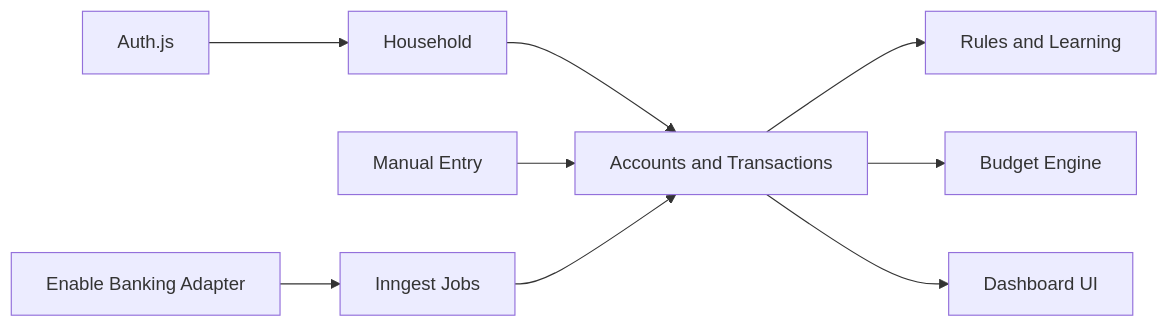
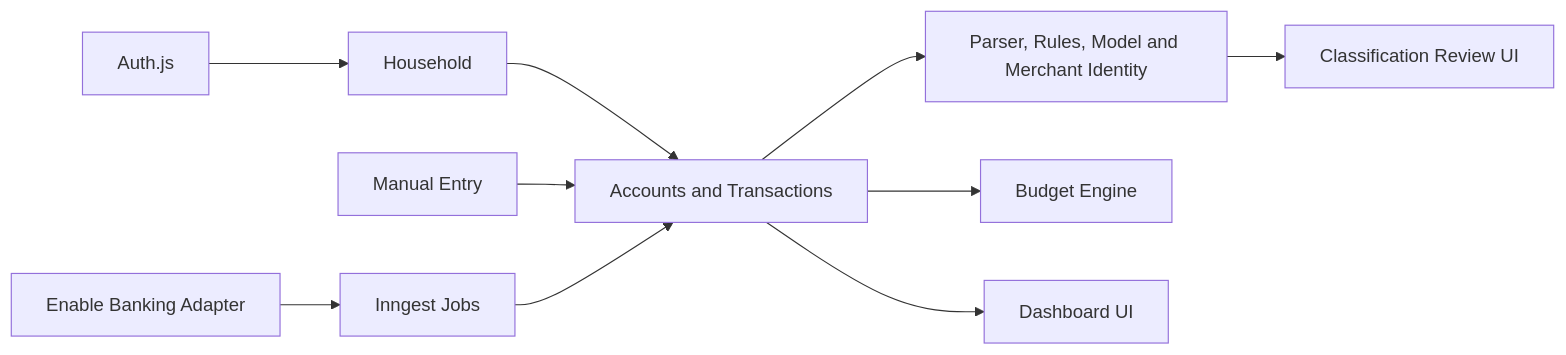
Before and after one commit to TheRedSock/get-a-bud: the first of 2 diagrams in docs/architecture.md, drawn with Mermaid. The commit also changed other lines of this file and 2 other files, not shown here.

Commit message:
Update classification architecture docs

````diff
--- a/docs/architecture.md
+++ b/docs/architecture.md
@@ -5,11 +5,12 @@
 ```mermaid
 flowchart LR
   Auth[Auth.js] --> Household[Household]
   Household --> Ledger[Accounts and Transactions]
   Manual[Manual Entry] --> Ledger
   EnableBanking[Enable Banking Adapter] --> Inngest[Inngest Jobs]
   Inngest --> Ledger
-  Ledger --> Categorization[Rules and Learning]
+  Ledger --> Classification[Parser, Rules, Model and Merchant Identity]
+  Classification --> Review[Classification Review UI]
   Ledger --> Budgets[Budget Engine]
   Ledger --> Dashboard[Dashboard UI]
 ```
````
